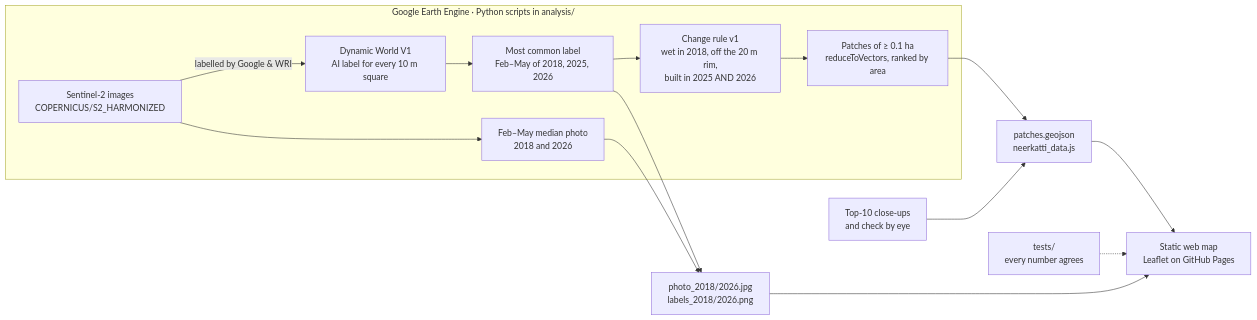
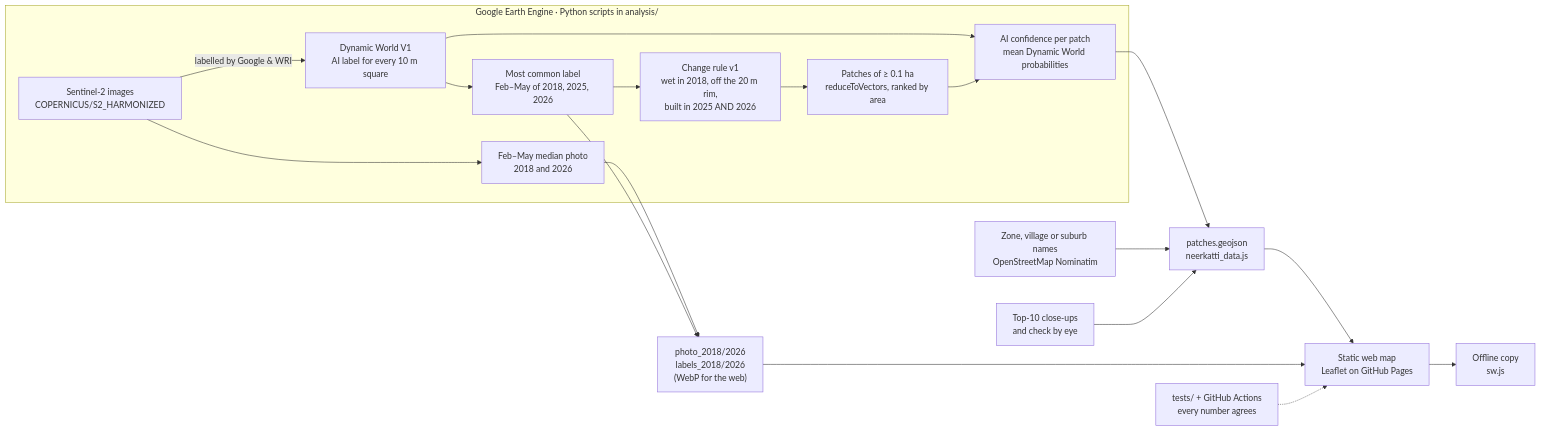
Before and after one commit to ATHULYAPANDIAN24/neerkatti: the diagram in README.md, drawn with Mermaid. The commit also changed other lines of this file and 81 other files, not shown here.

First line of the commit message:
Live map: all 36 patches with close-ups and AI confidence, offline, CI

````diff
--- a/README.md
+++ b/README.md
@@ -41,21 +46,26 @@
 ```mermaid
 flowchart LR
   subgraph EE["Google Earth Engine · Python scripts in analysis/"]
     S2["Sentinel-2 images<br/>COPERNICUS/S2_HARMONIZED"]
     DW["Dynamic World V1<br/>AI label for every 10 m square"]
     MODE["Most common label<br/>Feb–May of 2018, 2025, 2026"]
     RULE["Change rule v1<br/>wet in 2018, off the 20 m rim,<br/>built in 2025 AND 2026"]
     VEC["Patches of ≥ 0.1 ha<br/>reduceToVectors, ranked by area"]
+    CONF["AI confidence per patch<br/>mean Dynamic World probabilities"]
     MED["Feb–May median photo<br/>2018 and 2026"]
     S2 -- "labelled by Google & WRI" --> DW
     DW --> MODE --> RULE --> VEC
+    DW --> CONF
+    VEC --> CONF
     S2 --> MED
   end
-  VEC --> GJ["patches.geojson<br/>neerkatti_data.js"]
-  MED --> IMG["photo_2018/2026.jpg<br/>labels_2018/2026.png"]
+  CONF --> GJ["patches.geojson<br/>neerkatti_data.js"]
+  OSM["Zone, village or suburb names<br/>OpenStreetMap Nominatim"] --> GJ
+  MED --> IMG["photo_2018/2026<br/>labels_2018/2026<br/>(WebP for the web)"]
   MODE --> IMG
   CHK["Top-10 close-ups<br/>and check by eye"] --> GJ
   GJ --> APP["Static web map<br/>Leaflet on GitHub Pages"]
   IMG --> APP
-  TEST["tests/<br/>every number agrees"] -.-> APP
+  APP --> SW["Offline copy<br/>sw.js"]
+  TEST["tests/ + GitHub Actions<br/>every number agrees"] -.-> APP
 ```
````
